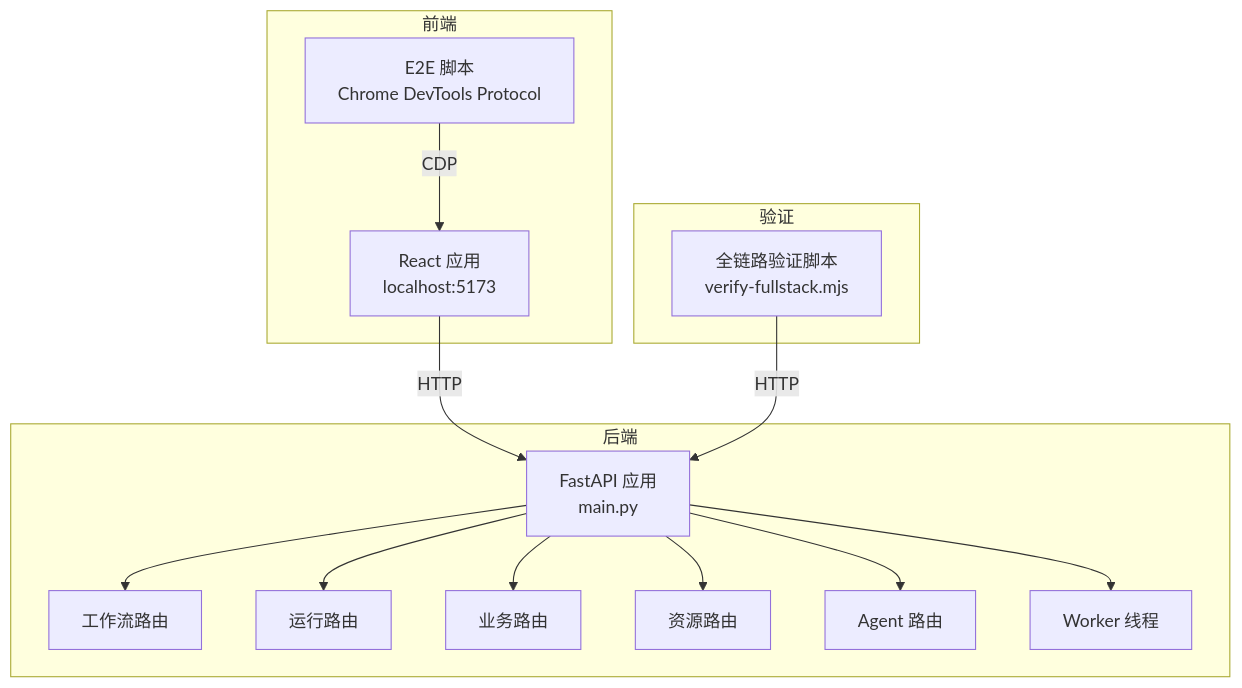
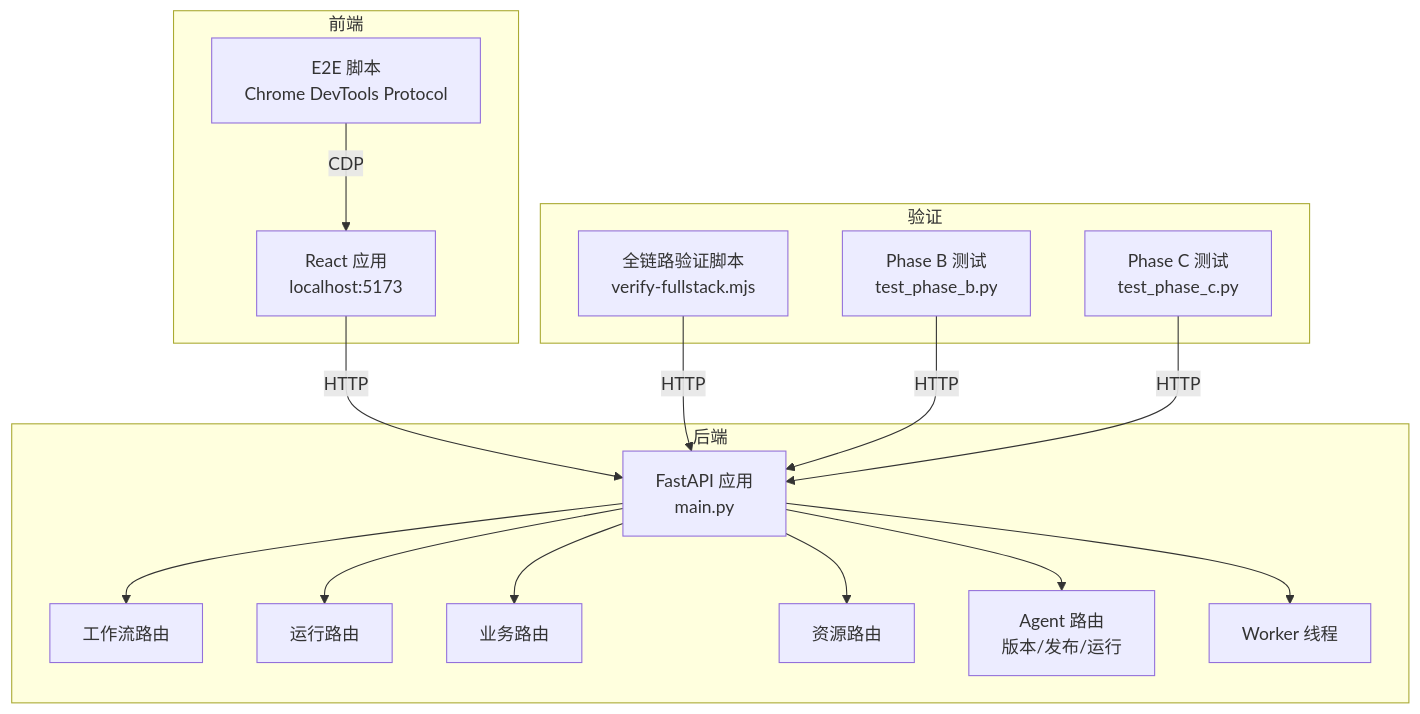
Before and after one commit to huiliuxu780/MoreThanCorn: the first of 2 diagrams in .qoder/repowiki/zh/content/测试与验证体系.md, drawn with Mermaid. The commit also changed other lines of this file and 136 other files, not shown here.

````diff
--- a/.qoder/repowiki/zh/content/测试与验证体系.md
+++ b/.qoder/repowiki/zh/content/测试与验证体系.md
@@ -32,28 +46,32 @@
 ```mermaid
 graph TB
 subgraph "后端"
 A["FastAPI 应用<br/>main.py"]
 R1["工作流路由"]
 R2["运行路由"]
 R3["业务路由"]
 R4["资源路由"]
-R5["Agent 路由"]
+R5["Agent 路由<br/>版本/发布/运行"]
 W["Worker 线程"]
 end
 subgraph "前端"
 FE["React 应用<br/>localhost:5173"]
 E2E["E2E 脚本<br/>Chrome DevTools Protocol"]
 end
 subgraph "验证"
 VS["全链路验证脚本<br/>verify-fullstack.mjs"]
+TB["Phase B 测试<br/>test_phase_b.py"]
+TC["Phase C 测试<br/>test_phase_c.py"]
 end
 FE --> |HTTP| A
 E2E --> |CDP| FE
 VS --> |HTTP| A
+TB --> |HTTP| A
+TC --> |HTTP| A
 A --> W
 A --> R1
 A --> R2
 A --> R3
 A --> R4
 A --> R5
 ```
````
